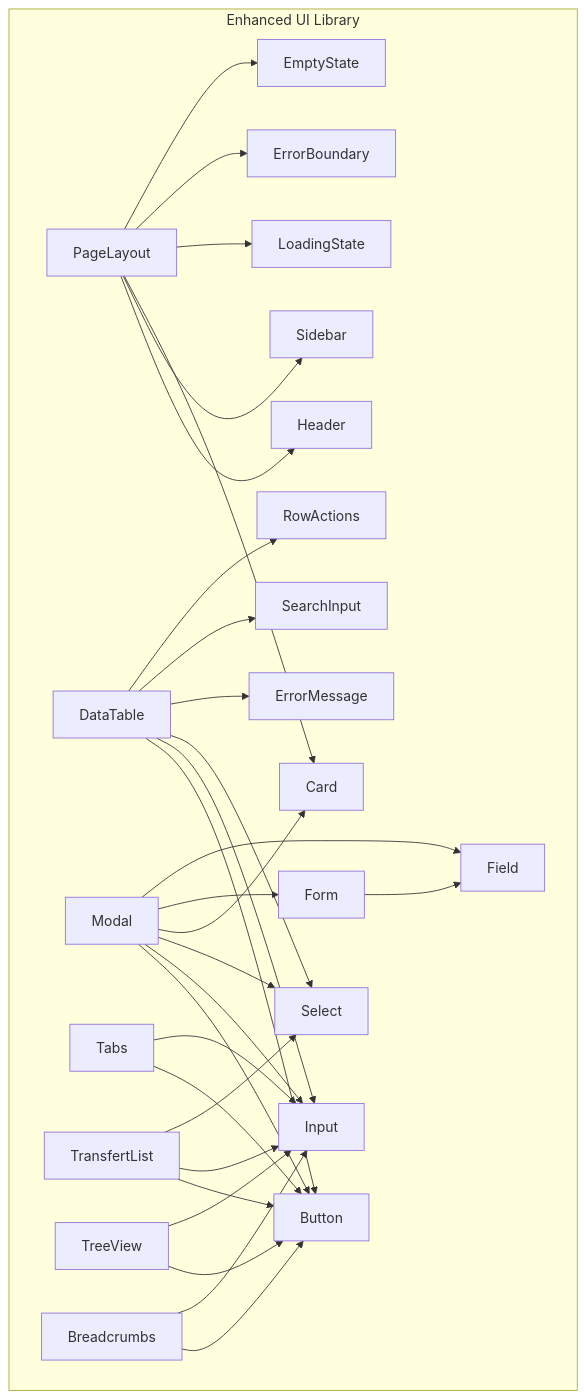
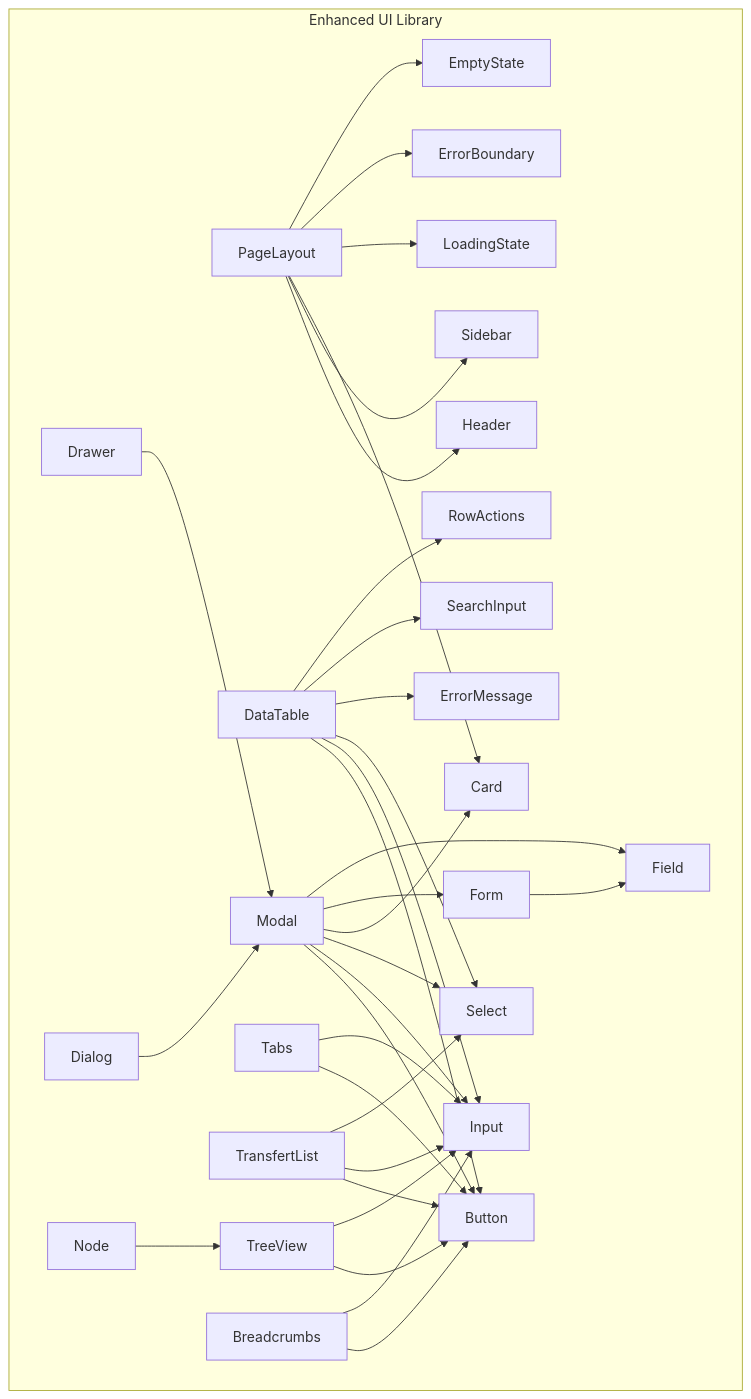
One commit to franckylab/eLISAschool changed the first of 6 diagrams in .qoder/repowiki/en/content/System Architecture/Frontend Architecture/Component Architecture/Shared UI Components.md. Above: the diagram before and after it, drawn with Mermaid. The commit also changed other lines of this file and 19 other files, not shown here.

````diff
--- a/.qoder/repowiki/en/content/System Architecture/Frontend Architecture/Component Architecture/Shared UI Components.md
+++ b/.qoder/repowiki/en/content/System Architecture/Frontend Architecture/Component Architecture/Shared UI Components.md
@@ -66,54 +69,60 @@
 ```mermaid
 graph TB
 subgraph "Enhanced UI Library"
 A["Button"]
 B["Input"]
 C["Select"]
 D["Card"]
 E["DataTable"]
 F["Modal"]
 G["Form"]
 H["Field"]
 I["LoadingState"]
 J["ErrorBoundary"]
 K["EmptyState"]
 L["Header"]
 M["Sidebar"]
 N["PageLayout"]
 O["ErrorMessage"]
 P["SearchInput"]
 Q["Tabs"]
 R["TransfertList"]
 S["TreeView"]
 T["RowActions"]
 U["Breadcrumbs"]
+V["Drawer"]
+W["Dialog"]
+X["Node"]
 end
 G --> H
 N --> L
 N --> M
 E --> A
 E --> B
 E --> C
 F --> A
 F --> B
 F --> C
 F --> D
 F --> G
 F --> H
 N --> D
 N --> I
 N --> J
 N --> K
 E --> O
 E --> P
 E --> T
 Q --> A
 Q --> B
 R --> A
 R --> B
 R --> C
 S --> A
 S --> B
 U --> A
 U --> B
+V --> F
+W --> F
+X --> S
 ```
````
